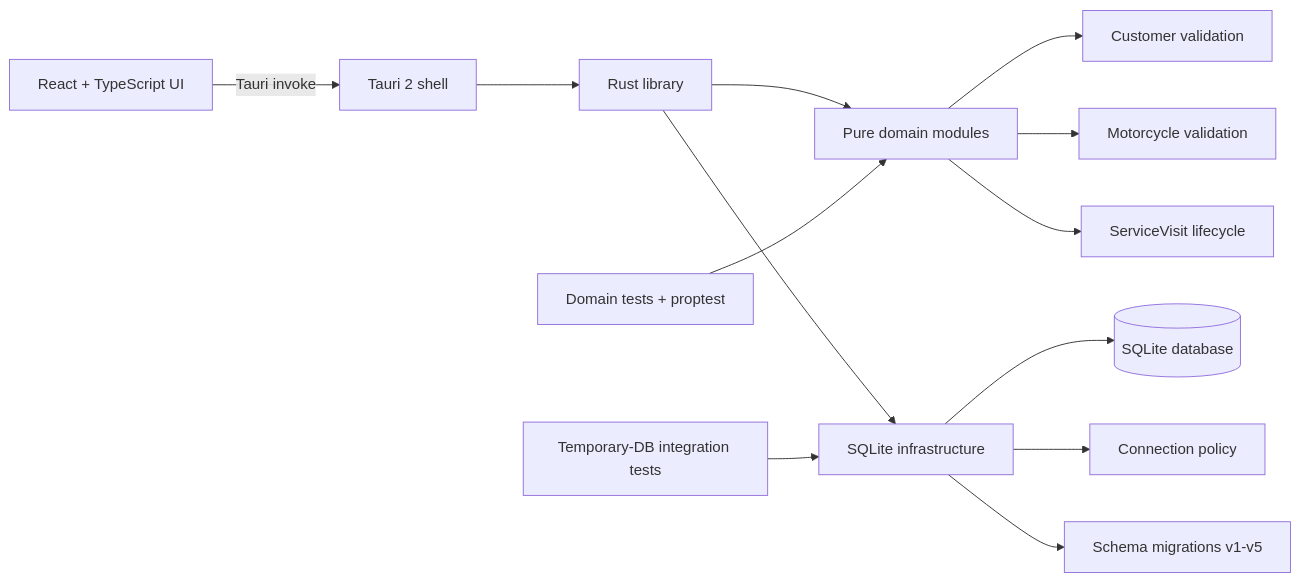
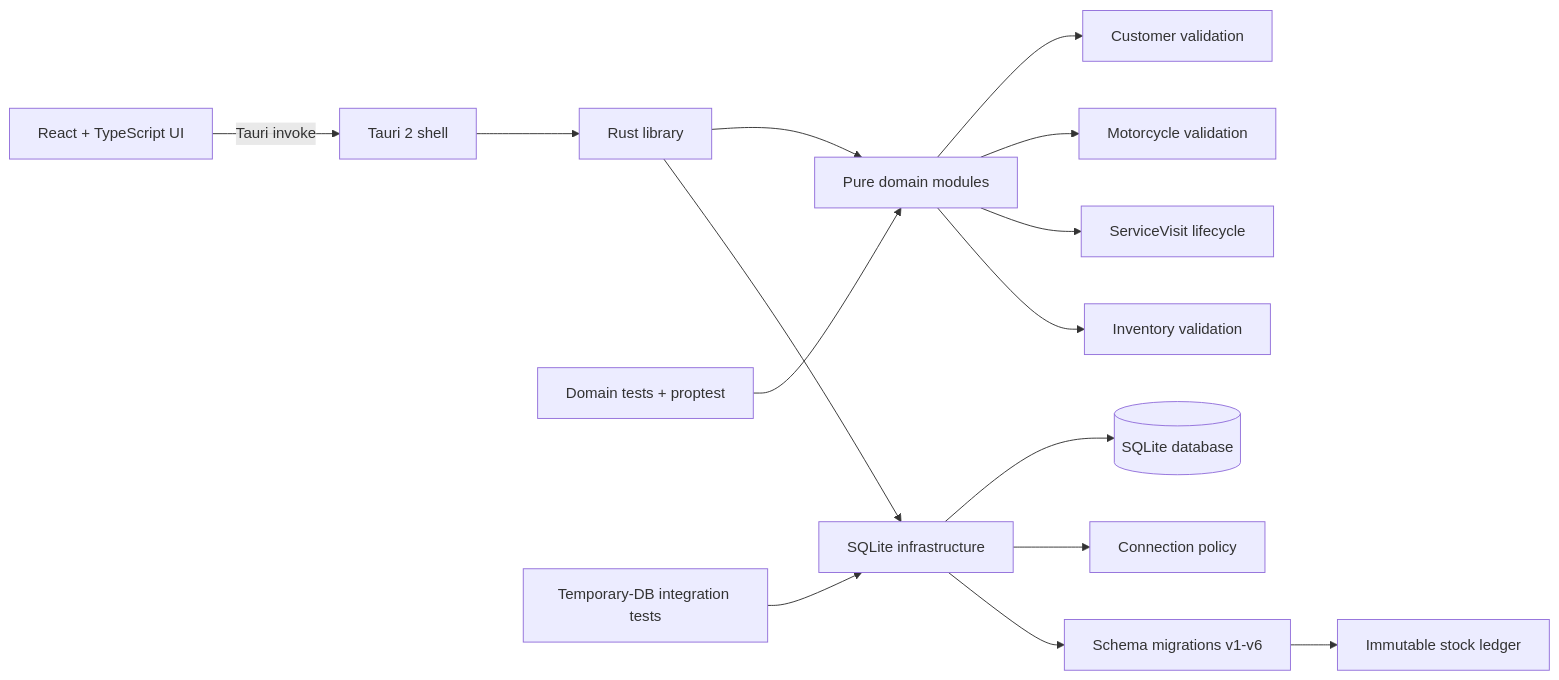
One commit to abdfarasin/moto-workshop changed the diagram in SOFTWARE_ARCHITECTURE.md. Above: the diagram before and after it, drawn with Mermaid. The commit also changed other lines of this file and 2 other files, not shown here.

Commit message:
docs: sync architecture with inventory foundation

````diff
--- a/SOFTWARE_ARCHITECTURE.md
+++ b/SOFTWARE_ARCHITECTURE.md
@@ -7,17 +7,19 @@
 ```mermaid
 flowchart LR
     UI[React + TypeScript UI] -->|Tauri invoke| SHELL[Tauri 2 shell]
     SHELL --> LIB[Rust library]
     LIB --> DOMAIN[Pure domain modules]
     LIB --> DB[SQLite infrastructure]
     DB --> SQLITE[(SQLite database)]
 
     DOMAIN --> CUSTOMER[Customer validation]
     DOMAIN --> MOTORCYCLE[Motorcycle validation]
     DOMAIN --> VISIT[ServiceVisit lifecycle]
+    DOMAIN --> INVENTORY[Inventory validation]
     DB --> CONNECTION[Connection policy]
-    DB --> MIGRATIONS[Schema migrations v1-v5]
+    DB --> MIGRATIONS[Schema migrations v1-v6]
+    MIGRATIONS --> LEDGER[Immutable stock ledger]
 
     DTESTS[Domain tests + proptest] --> DOMAIN
     DBTESTS[Temporary-DB integration tests] --> DB
 ```
````
